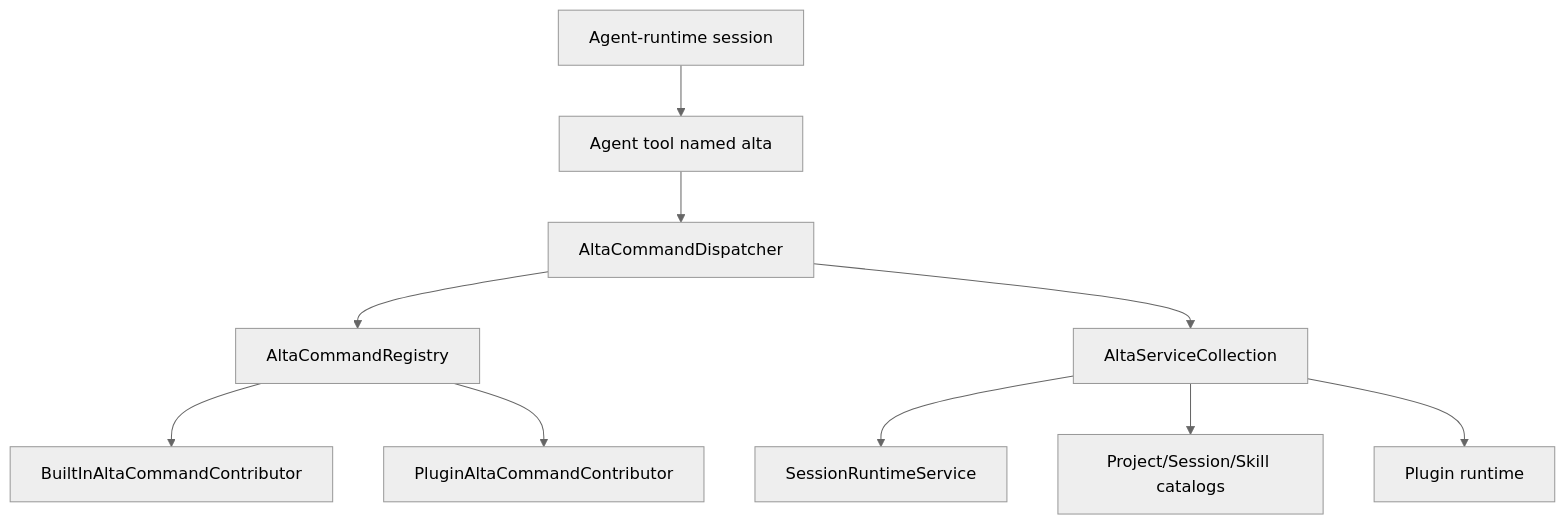
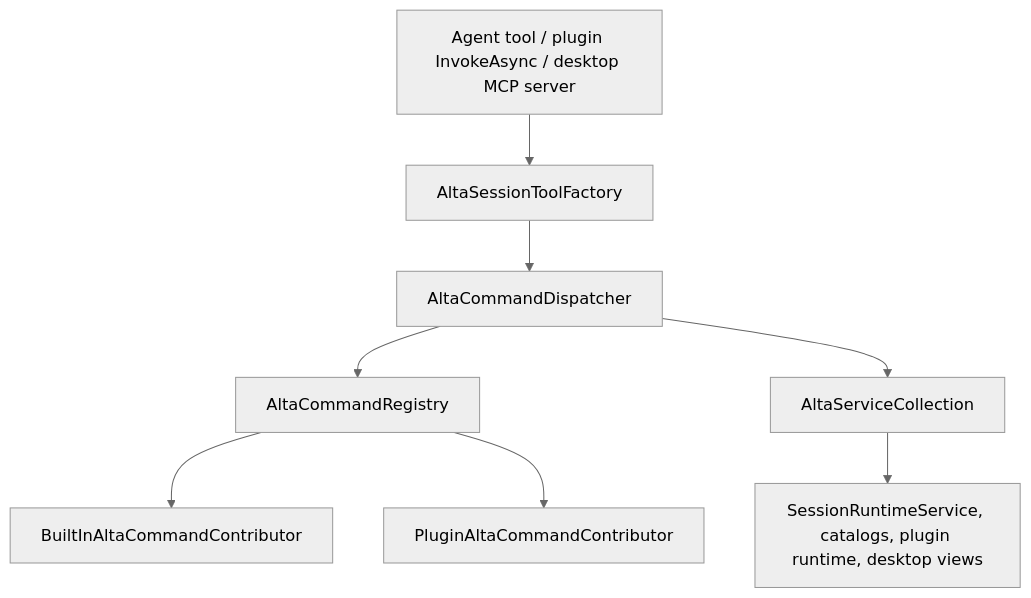
One commit to CodeAlta/CodeAlta changed the diagram in doc/live-tool.md. Above: the diagram before and after it, drawn with Mermaid (neutral theme). The commit also changed other lines of this file and 102 other files, not shown here.

First line of the commit message:
Update doc: architecture-only doc/, reorganized user guide

````diff
--- a/doc/live-tool.md
+++ b/doc/live-tool.md
@@ -9,23 +13,16 @@
 ```mermaid
 flowchart TD
-    Session[Agent-runtime session]
-    Tool[Agent tool named alta]
+    Callers[Agent tool / plugin InvokeAsync / desktop MCP server]
+    Factory[AltaSessionToolFactory]
     Dispatcher[AltaCommandDispatcher]
     Registry[AltaCommandRegistry]
     BuiltIns[BuiltInAltaCommandContributor]
-    PluginContributor[PluginAltaCommandContributor]
+    PluginRoots[PluginAltaCommandContributor]
     Services[AltaServiceCollection]
-    Runtime[SessionRuntimeService]
-    Catalog[Project/Session/Skill catalogs]
-    Plugins[Plugin runtime]
+    Host[SessionRuntimeService, catalogs, plugin runtime, desktop views]
 
-    Session --> Tool
-    Tool --> Dispatcher
-    Dispatcher --> Registry
+    Callers --> Factory --> Dispatcher --> Registry
     Registry --> BuiltIns
-    Registry --> PluginContributor
-    Dispatcher --> Services
-    Services --> Runtime
-    Services --> Catalog
-    Services --> Plugins
+    Registry --> PluginRoots
+    Dispatcher --> Services --> Host
 ```
````
